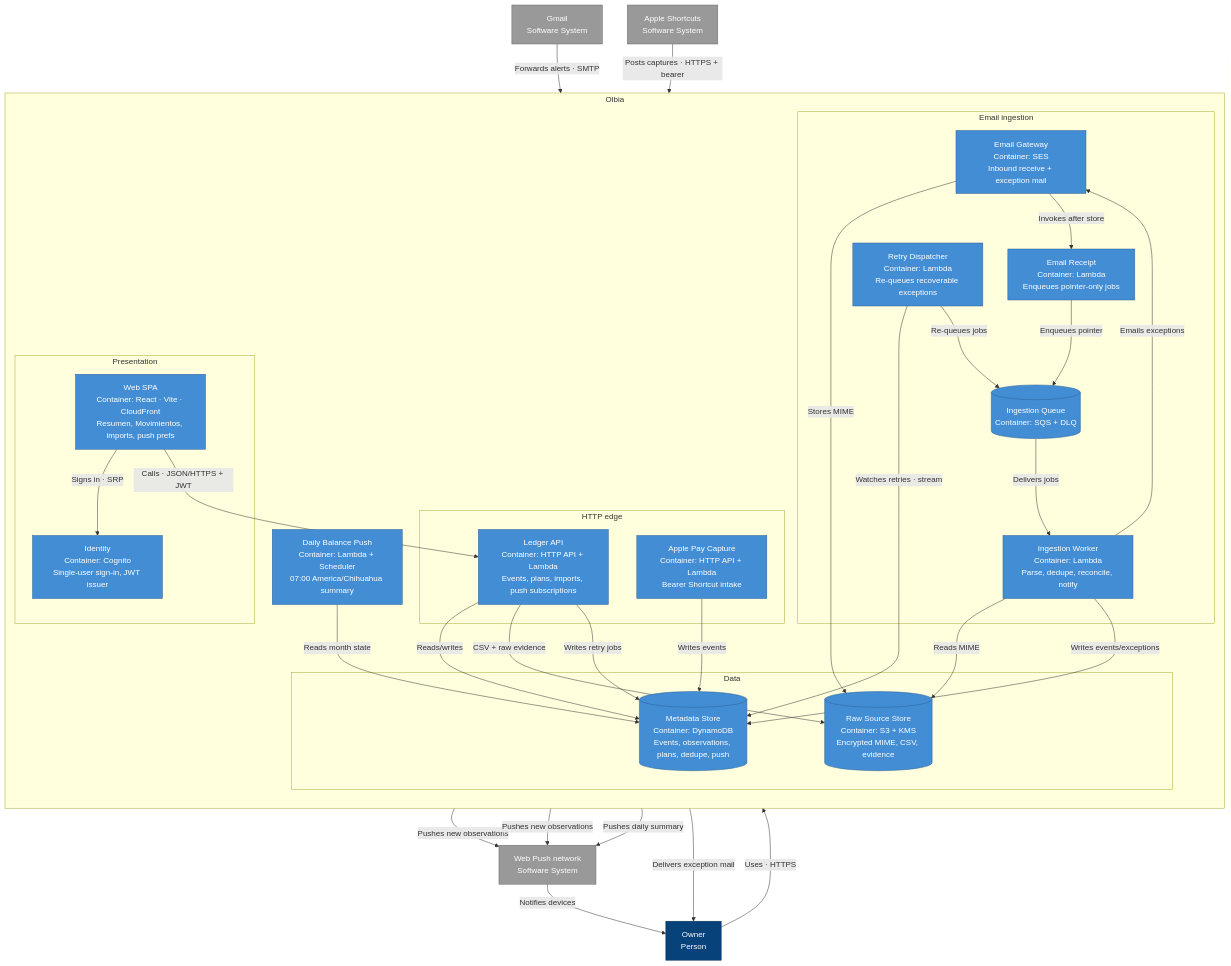
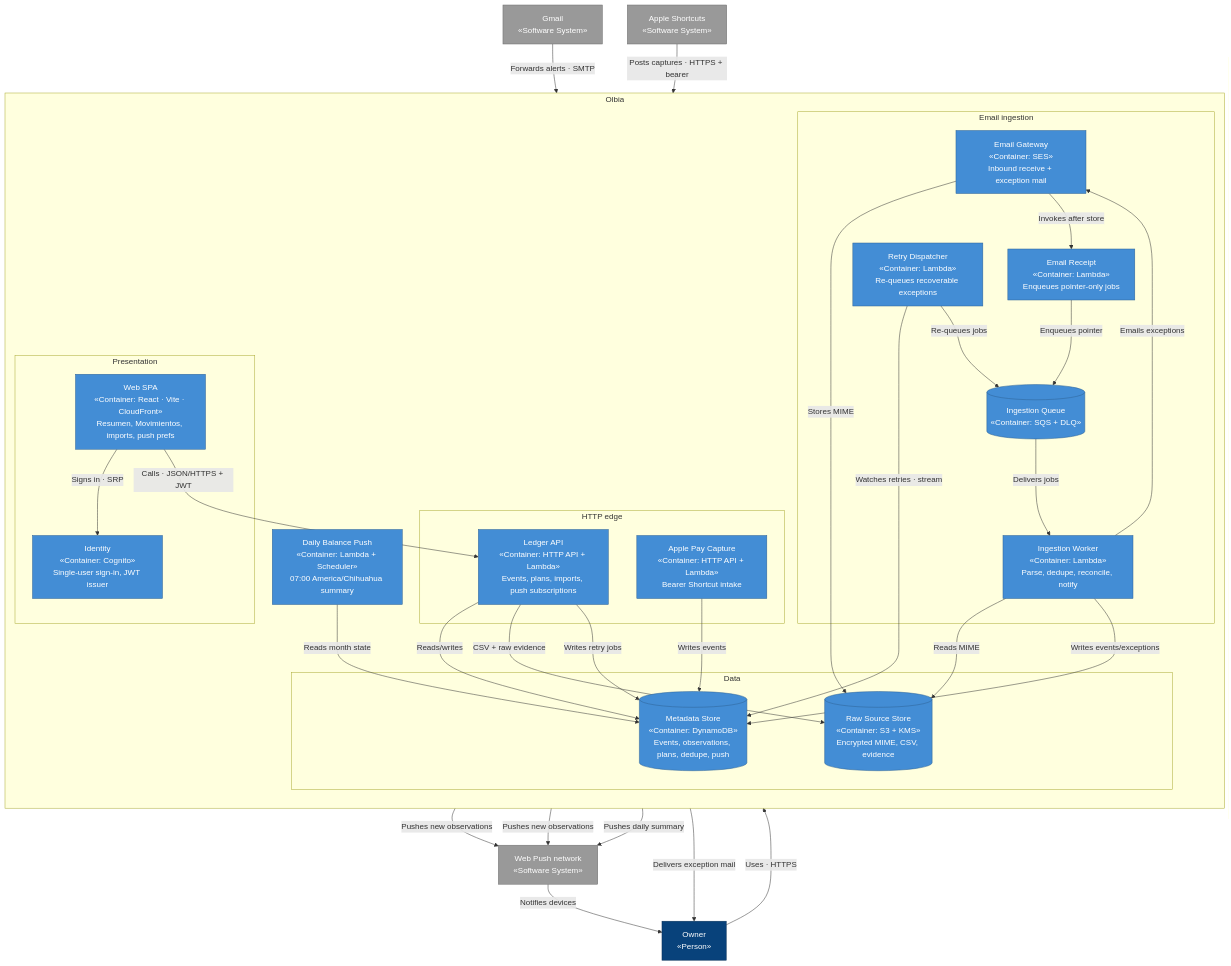
One commit to DavidCs9/personal-finance-system changed the first of 4 diagrams in docs/architecture.md. Above: the diagram before and after it, drawn with Mermaid. The commit also changed other lines of this file and 1 other file, not shown here.

````diff
--- a/docs/architecture.md
+++ b/docs/architecture.md
@@ -20,75 +20,75 @@
 ```mermaid
 flowchart TB
   classDef person fill:#08427B,stroke:#052E56,color:#fff,stroke-width:1px
   classDef external fill:#999999,stroke:#6B6B6B,color:#fff,stroke-width:1px
   classDef container fill:#438DD5,stroke:#2E6295,color:#fff,stroke-width:1px
   classDef store fill:#438DD5,stroke:#2E6295,color:#fff,stroke-width:1px
 
-  owner["Owner\nPerson"]
-  gmail["Gmail\nSoftware System"]
-  shortcuts["Apple Shortcuts\nSoftware System"]
-  webpush["Web Push network\nSoftware System"]
+  owner["Owner\n«Person»"]
+  gmail["Gmail\n«Software System»"]
+  shortcuts["Apple Shortcuts\n«Software System»"]
+  webpush["Web Push network\n«Software System»"]
 
   subgraph olbia["Olbia"]
     direction TB
 
     subgraph presentation["Presentation"]
-      spa["Web SPA\nContainer: React · Vite · CloudFront\nResumen, Movimientos, imports, push prefs"]
-      cognito["Identity\nContainer: Cognito\nSingle-user sign-in, JWT issuer"]
+      spa["Web SPA\n«Container: React · Vite · CloudFront»\nResumen, Movimientos, imports, push prefs"]
+      cognito["Identity\n«Container: Cognito»\nSingle-user sign-in, JWT issuer"]
     end
 
     subgraph edge["HTTP edge"]
-      api["Ledger API\nContainer: HTTP API + Lambda\nEvents, plans, imports, push subscriptions"]
-      apple["Apple Pay Capture\nContainer: HTTP API + Lambda\nBearer Shortcut intake"]
+      api["Ledger API\n«Container: HTTP API + Lambda»\nEvents, plans, imports, push subscriptions"]
+      apple["Apple Pay Capture\n«Container: HTTP API + Lambda»\nBearer Shortcut intake"]
     end
 
     subgraph pipeline["Email ingestion"]
-      ses["Email Gateway\nContainer: SES\nInbound receive + exception mail"]
-      receipt["Email Receipt\nContainer: Lambda\nEnqueues pointer-only jobs"]
-      queue[("Ingestion Queue\nContainer: SQS + DLQ")]
-      ingest["Ingestion Worker\nContainer: Lambda\nParse, dedupe, reconcile, notify"]
-      retry["Retry Dispatcher\nContainer: Lambda\nRe-queues recoverable exceptions"]
+      ses["Email Gateway\n«Container: SES»\nInbound receive + exception mail"]
+      receipt["Email Receipt\n«Container: Lambda»\nEnqueues pointer-only jobs"]
+      queue[("Ingestion Queue\n«Container: SQS + DLQ»")]
+      ingest["Ingestion Worker\n«Container: Lambda»\nParse, dedupe, reconcile, notify"]
+      retry["Retry Dispatcher\n«Container: Lambda»\nRe-queues recoverable exceptions"]
     end
 
     subgraph data["Data"]
-      ddb[("Metadata Store\nContainer: DynamoDB\nEvents, observations, plans, dedupe, push")]
-      raw[("Raw Source Store\nContainer: S3 + KMS\nEncrypted MIME, CSV, evidence")]
+      ddb[("Metadata Store\n«Container: DynamoDB»\nEvents, observations, plans, dedupe, push")]
+      raw[("Raw Source Store\n«Container: S3 + KMS»\nEncrypted MIME, CSV, evidence")]
     end
 
-    daily["Daily Balance Push\nContainer: Lambda + Scheduler\n07:00 America/Chihuahua summary"]
+    daily["Daily Balance Push\n«Container: Lambda + Scheduler»\n07:00 America/Chihuahua summary"]
   end
 
   owner -->|"Uses · HTTPS"| spa
   spa -->|"Signs in · SRP"| cognito
   spa -->|"Calls · JSON/HTTPS + JWT"| api
 
   gmail -->|"Forwards alerts · SMTP"| ses
   ses -->|"Stores MIME"| raw
   ses -->|"Invokes after store"| receipt
   receipt -->|"Enqueues pointer"| queue
   queue -->|"Delivers jobs"| ingest
   ingest -->|"Reads MIME"| raw
   ingest -->|"Writes events/exceptions"| ddb
   ingest -->|"Emails exceptions"| ses
   ses -->|"Delivers exception mail"| owner
   ingest -->|"Pushes new observations"| webpush
 
   shortcuts -->|"Posts captures · HTTPS + bearer"| apple
   apple -->|"Writes events"| ddb
   apple -->|"Pushes new observations"| webpush
 
   api -->|"Reads/writes"| ddb
   api -->|"CSV + raw evidence"| raw
   api -->|"Writes retry jobs"| ddb
   retry -->|"Watches retries · stream"| ddb
   retry -->|"Re-queues jobs"| queue
 
   daily -->|"Reads month state"| ddb
   daily -->|"Pushes daily summary"| webpush
   webpush -->|"Notifies devices"| owner
 
   class owner person
   class gmail,shortcuts,webpush external
   class spa,cognito,api,apple,ses,receipt,ingest,retry,daily container
   class queue,ddb,raw store
 ```
````
